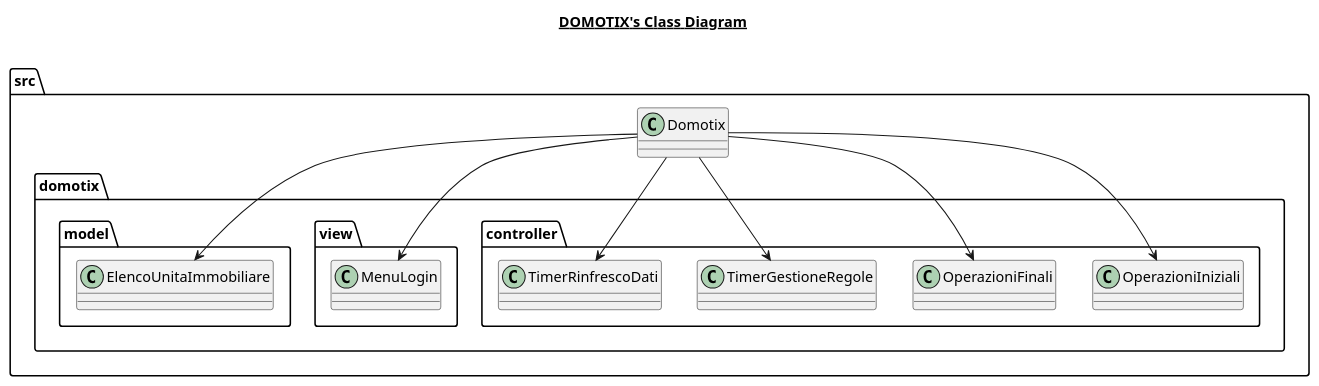
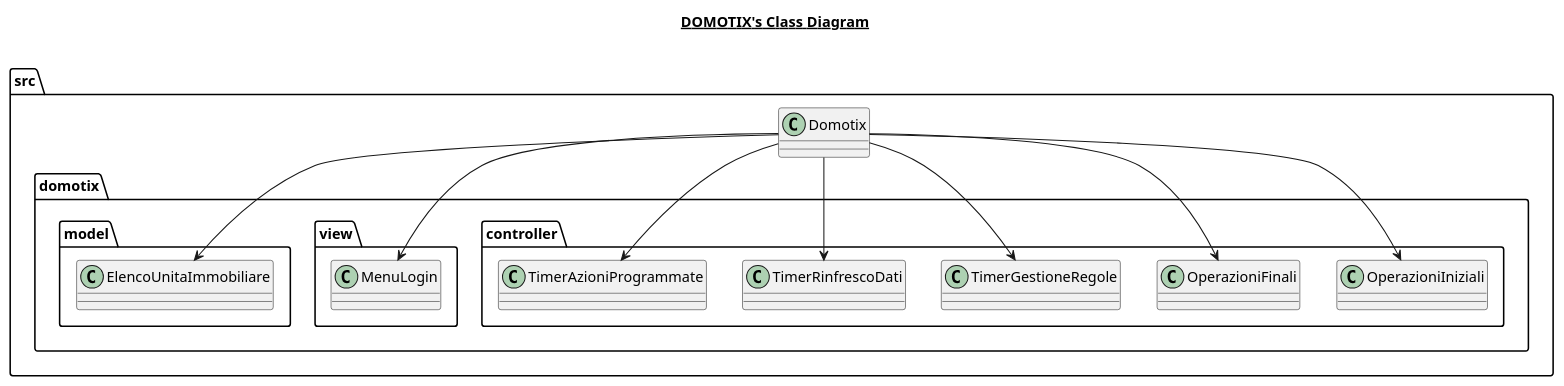
Before and after one commit to Edoar-do/Domotix: the diagram in src/src.plantuml, drawn with PlantUML. The commit also changed 7 other files, not shown here.

Commit message:
Aggiunge controllo sulle Azioni programmate in conflitto all'apertura

```diff
--- a/src/src.plantuml
+++ b/src/src.plantuml
@@ -1,18 +1,19 @@
 @startuml
 
 title __DOMOTIX's Class Diagram__\n
 
     namespace src {
         class Domotix {
         }
     }
 
     src.Domotix --> src.domotix.controller.OperazioniIniziali
     src.Domotix --> src.domotix.controller.OperazioniFinali
     src.Domotix --> src.domotix.controller.TimerGestioneRegole
     src.Domotix --> src.domotix.controller.TimerRinfrescoDati
+    src.Domotix --> src.domotix.controller.TimerAzioniProgrammate
     src.Domotix --> src.domotix.view.MenuLogin
     src.Domotix --> src.domotix.model.ElencoUnitaImmobiliare
 
 
 @enduml
```
